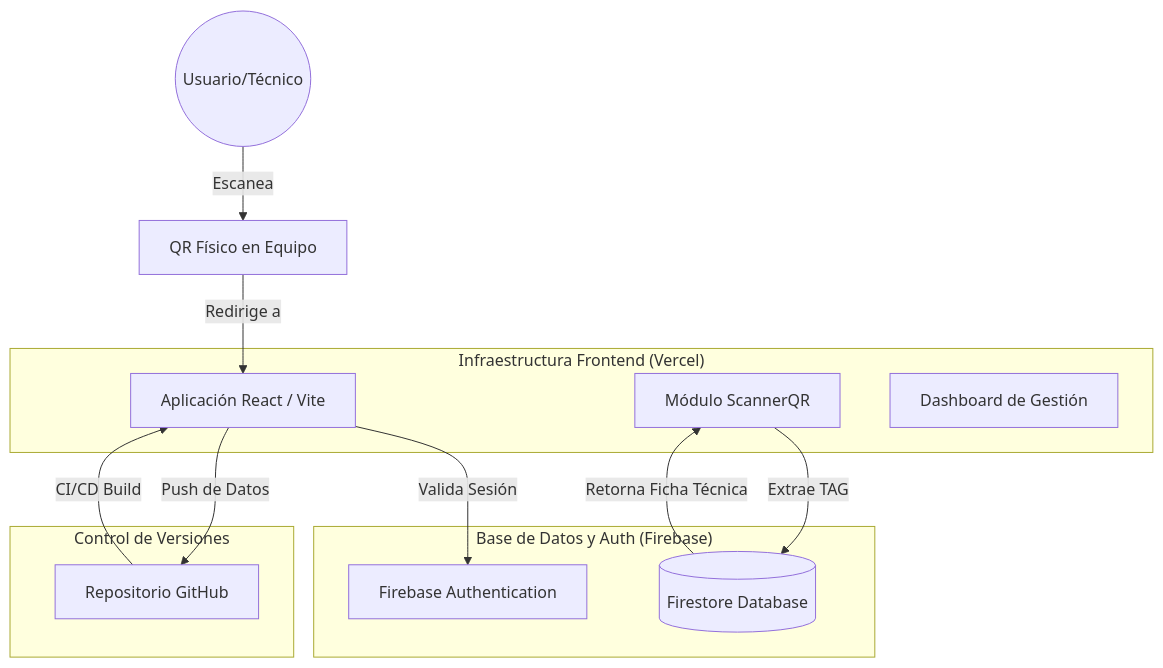
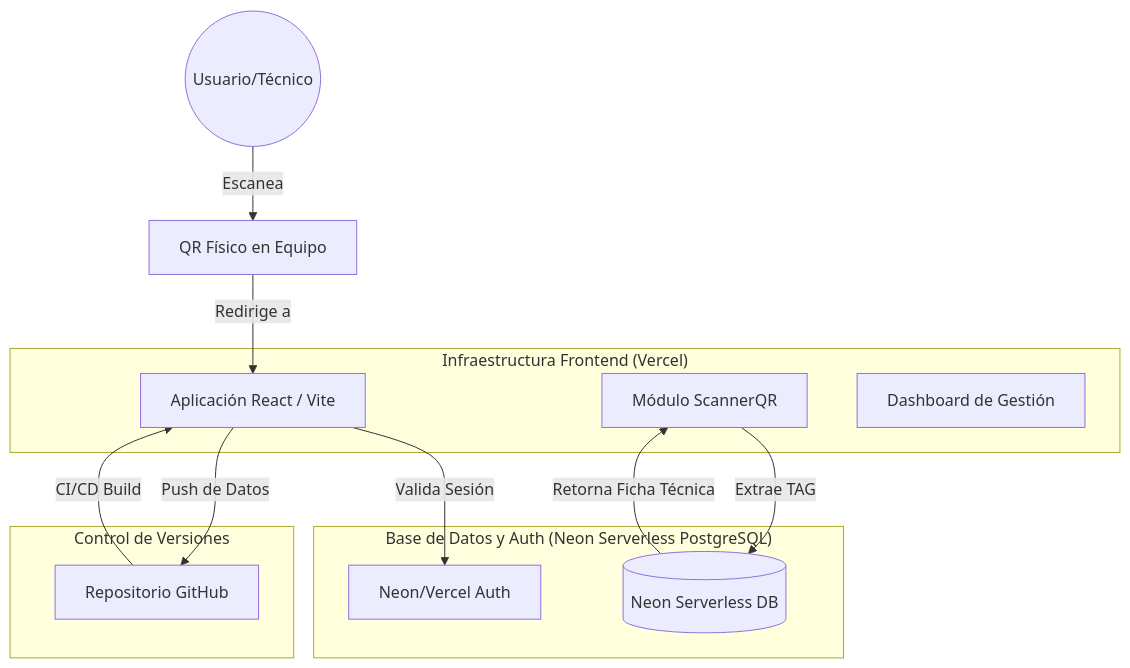
One commit to nelsonbravosalas-creator/CMMS-HVAC-PRO--IA-STUDIO changed the diagram in ARCHITECTURE.md. Above: the diagram before and after it, drawn with Mermaid. The commit also changed other lines of this file and 13 other files, not shown here.

First line of the commit message:
feat: Migrate database from Firebase to Neon PostgreSQL

````diff
--- a/ARCHITECTURE.md
+++ b/ARCHITECTURE.md
@@ -7,29 +7,29 @@
 ```mermaid
 graph TD
     User((Usuario/Técnico))
     QR[QR Físico en Equipo]
     
     subgraph "Infraestructura Frontend (Vercel)"
         App[Aplicación React / Vite]
         Scanner[Módulo ScannerQR]
         Dashboard[Dashboard de Gestión]
     end
     
     subgraph "Control de Versiones"
         GH[Repositorio GitHub]
     end
     
-    subgraph "Base de Datos y Auth (Firebase)"
-        FB_Auth[Firebase Authentication]
-        FB_DB[(Firestore Database)]
+    subgraph "Base de Datos y Auth (Neon Serverless PostgreSQL)"
+        Neon_Auth[Neon/Vercel Auth]
+        Neon_DB[(Neon Serverless DB)]
     end
 
     User -->|Escanea| QR
     QR -->|Redirige a| App
-    App -->|Valida Sesión| FB_Auth
-    Scanner -->|Extrae TAG| FB_DB
-    FB_DB -->|Retorna Ficha Técnica| Scanner
+    App -->|Valida Sesión| Neon_Auth
+    Scanner -->|Extrae TAG| Neon_DB
+    Neon_DB -->|Retorna Ficha Técnica| Scanner
     
     GH -->|CI/CD Build| App
     App -->|Push de Datos| GH
 ```
````
